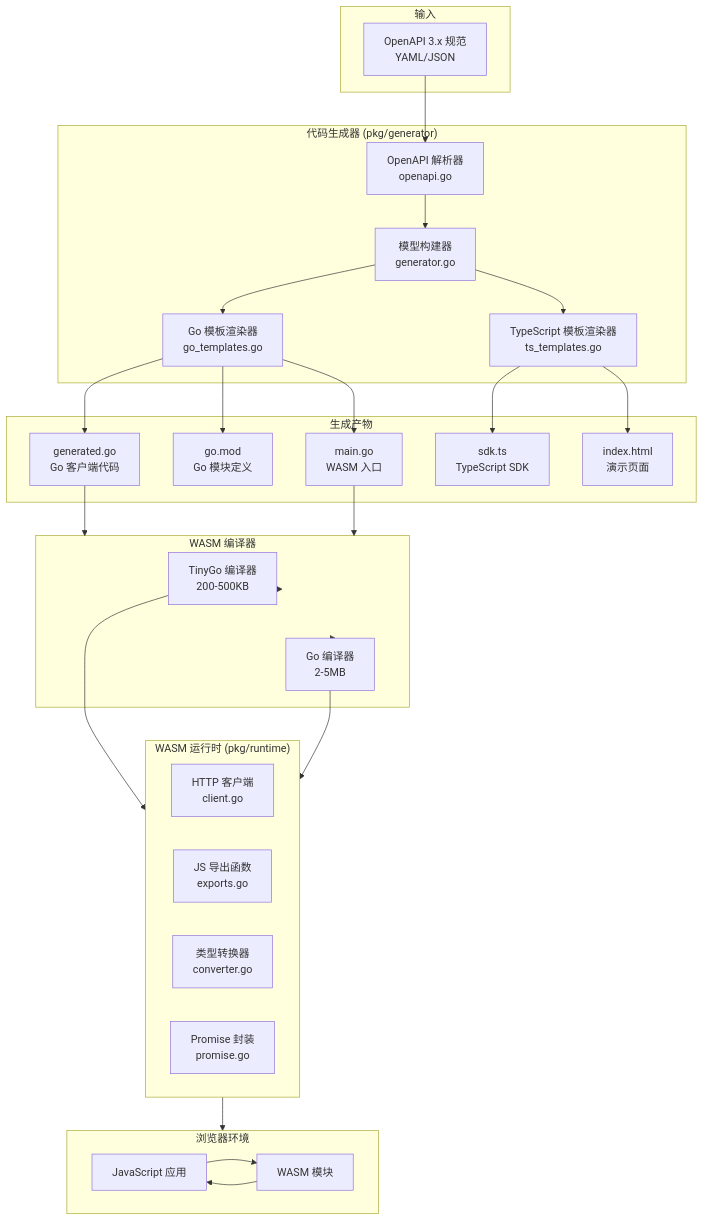
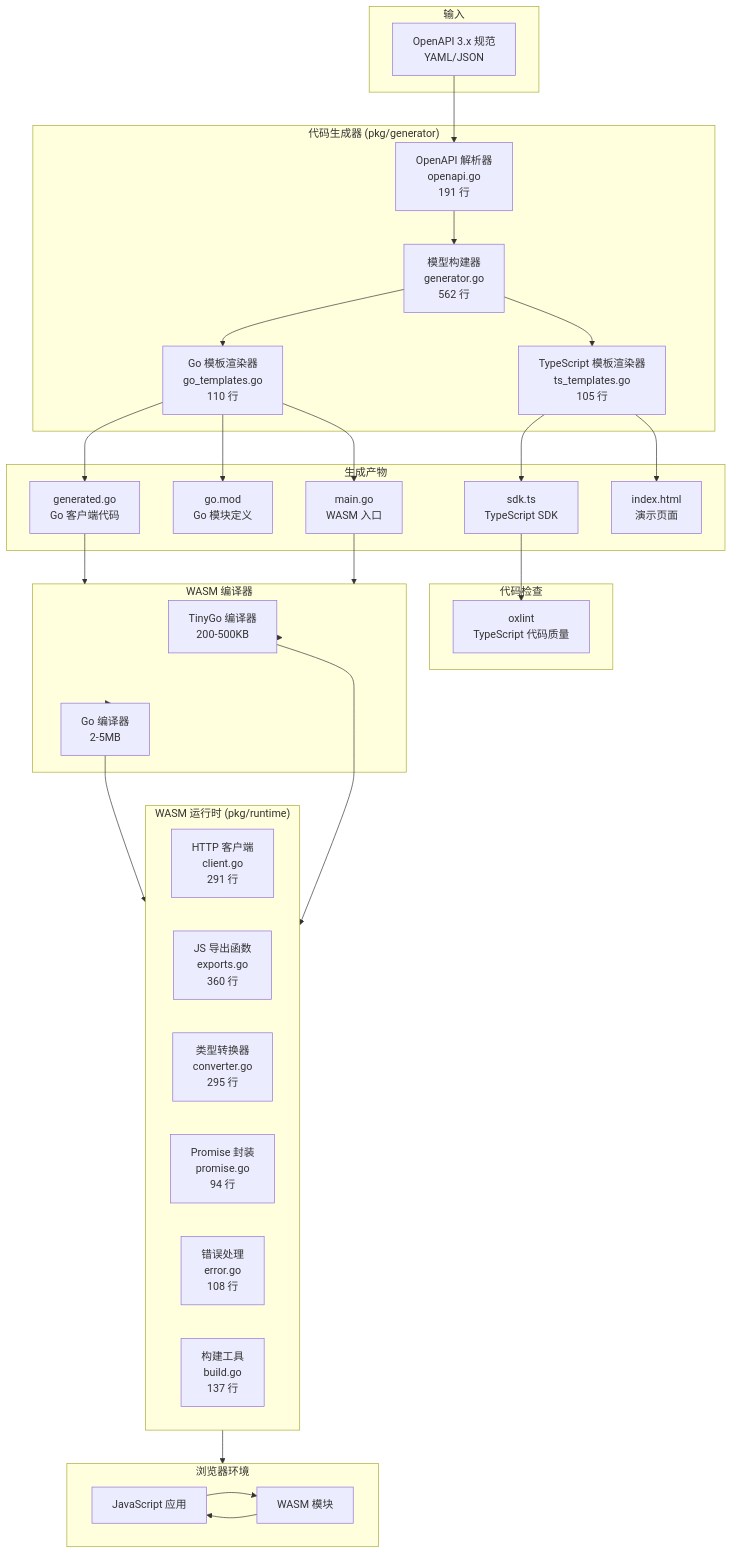
Before and after one commit to fred29910/go_wasm_lib2: the first of 6 diagrams in docs/architecture.md, drawn with Mermaid. The commit also changed other lines of this file and 6 other files, not shown here.

````diff
--- a/docs/architecture.md
+++ b/docs/architecture.md
@@ -9,60 +9,67 @@
 ```mermaid
 flowchart TB
     subgraph Input["输入"]
         OpenAPI[OpenAPI 3.x 规范<br/>YAML/JSON]
     end
 
     subgraph Generator["代码生成器 (pkg/generator)"]
-        Parser[OpenAPI 解析器<br/>openapi.go]
-        ModelBuilder[模型构建器<br/>generator.go]
-        GoRenderer[Go 模板渲染器<br/>go_templates.go]
-        TSRenderer[TypeScript 模板渲染器<br/>ts_templates.go]
+        Parser[OpenAPI 解析器<br/>openapi.go<br/>191 行]
+        ModelBuilder[模型构建器<br/>generator.go<br/>562 行]
+        GoRenderer[Go 模板渲染器<br/>go_templates.go<br/>110 行]
+        TSRenderer[TypeScript 模板渲染器<br/>ts_templates.go<br/>105 行]
     end
 
     subgraph Output["生成产物"]
         GeneratedGo[generated.go<br/>Go 客户端代码]
         GeneratedMod[go.mod<br/>Go 模块定义]
         GeneratedMain[main.go<br/>WASM 入口]
         GeneratedTS[sdk.ts<br/>TypeScript SDK]
         GeneratedHTML[index.html<br/>演示页面]
     end
 
     subgraph Compiler["WASM 编译器"]
         TinyGo[TinyGo 编译器<br/>200-500KB]
         GoCompiler[Go 编译器<br/>2-5MB]
     end
 
     subgraph Runtime["WASM 运行时 (pkg/runtime)"]
-        Client[HTTP 客户端<br/>client.go]
-        Exports[JS 导出函数<br/>exports.go]
-        Converter[类型转换器<br/>converter.go]
-        Promise[Promise 封装<br/>promise.go]
+        Client[HTTP 客户端<br/>client.go<br/>291 行]
+        Exports[JS 导出函数<br/>exports.go<br/>360 行]
+        Converter[类型转换器<br/>converter.go<br/>295 行]
+        Promise[Promise 封装<br/>promise.go<br/>94 行]
+        Error[错误处理<br/>error.go<br/>108 行]
+        Build[构建工具<br/>build.go<br/>137 行]
+    end
+
+    subgraph Lint["代码检查"]
+        Oxlint[oxlint<br/>TypeScript 代码质量]
     end
 
     subgraph Browser["浏览器环境"]
         JS[JavaScript 应用]
         WASM[WASM 模块]
     end
 
     OpenAPI --> Parser
     Parser --> ModelBuilder
     ModelBuilder --> GoRenderer
     ModelBuilder --> TSRenderer
     GoRenderer --> GeneratedGo
     GoRenderer --> GeneratedMod
     GoRenderer --> GeneratedMain
     TSRenderer --> GeneratedTS
     TSRenderer --> GeneratedHTML
 
     GeneratedGo --> Compiler
     GeneratedMain --> Compiler
     Compiler --> TinyGo
     Compiler --> GoCompiler
 
     TinyGo --> Runtime
     GoCompiler --> Runtime
 
+    GeneratedTS --> Oxlint
     Runtime --> Browser
     JS --> WASM
     WASM --> JS
 ```
````
